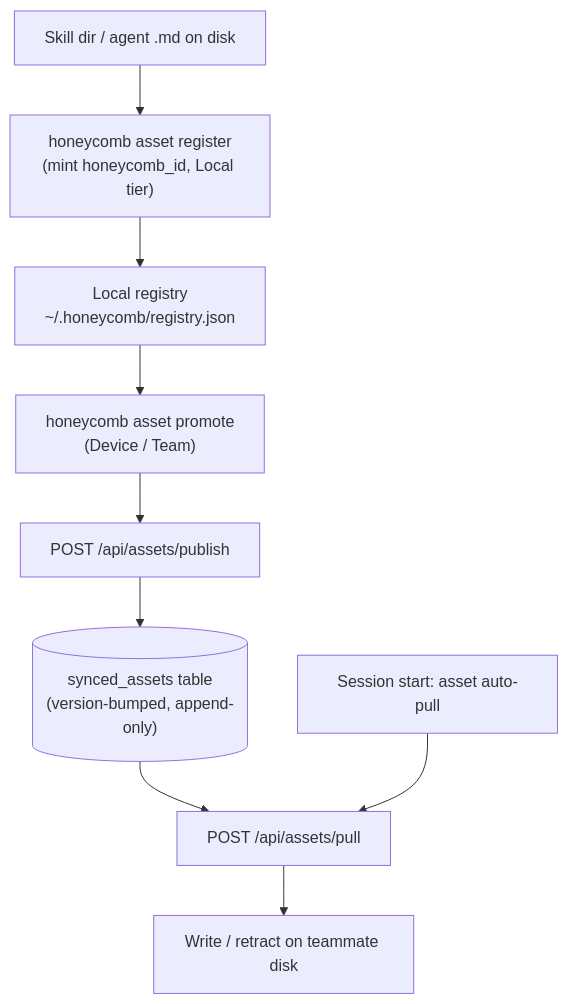
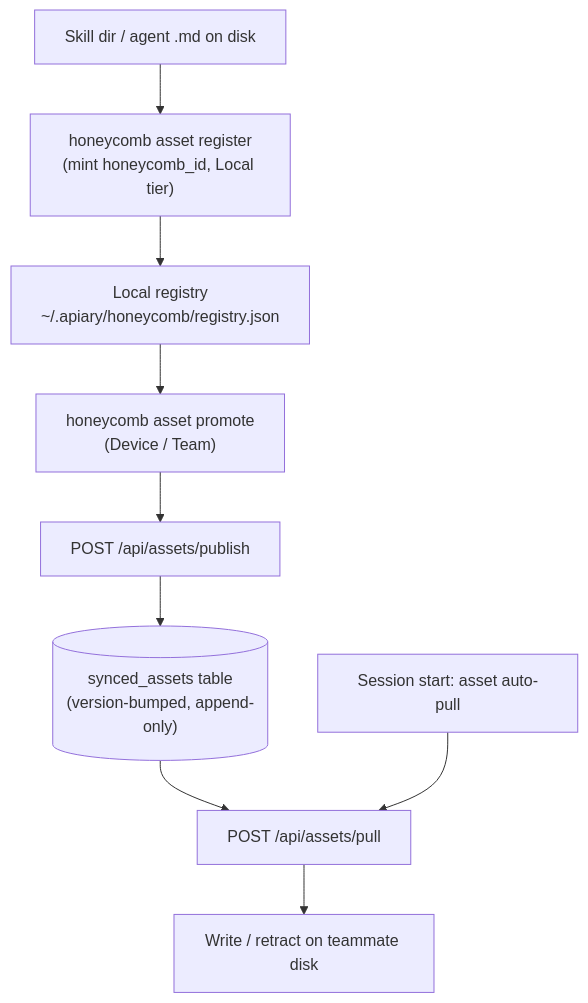
One commit to legioncodeinc/honeycomb changed the first of 3 diagrams in library/knowledge/private/collaboration/asset-sync-substrate.md. Above: the diagram before and after it, drawn with Mermaid. The commit also changed other lines of this file and 279 other files, not shown here.

````diff
--- a/library/knowledge/private/collaboration/asset-sync-substrate.md
+++ b/library/knowledge/private/collaboration/asset-sync-substrate.md
@@ -25,17 +25,17 @@
 ```mermaid
 flowchart TD
     artifact["Skill dir / agent .md on disk"]
     register["honeycomb asset register\n(mint honeycomb_id, Local tier)"]
-    registry["Local registry\n~/.honeycomb/registry.json"]
+    registry["Local registry\n~/.apiary/honeycomb/registry.json"]
     promote["honeycomb asset promote\n(Device / Team)"]
     publishApi["POST /api/assets/publish"]
     table[("synced_assets table\n(version-bumped, append-only)")]
     pull["Session start: asset auto-pull"]
     pullApi["POST /api/assets/pull"]
     install["Write / retract on teammate disk"]
 
     artifact --> register --> registry
     registry --> promote --> publishApi --> table
     table --> pullApi
     pull --> pullApi --> install
 ```
````
